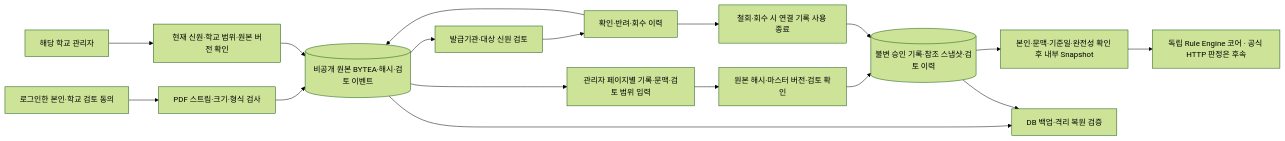
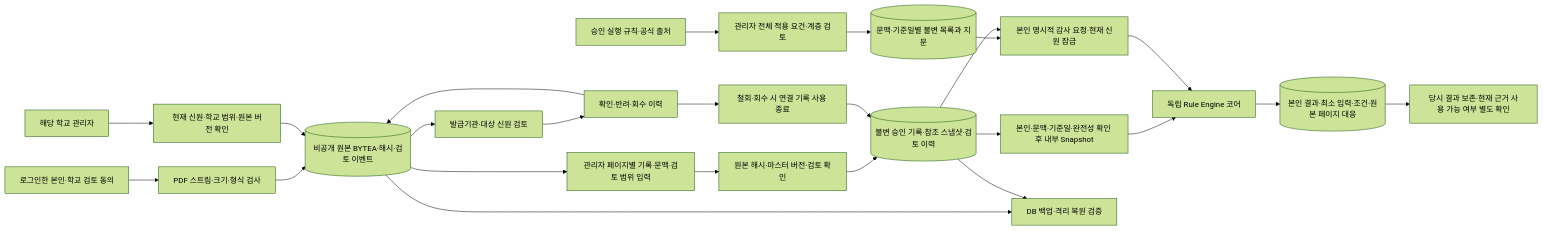
One commit to product04231125/UNIPATH changed the first of 12 diagrams in docs/architecture-erd.md. Above: the diagram before and after it, drawn with Mermaid (forest theme). The commit also changed other lines of this file and 34 other files, not shown here.

````diff
--- a/docs/architecture-erd.md
+++ b/docs/architecture-erd.md
@@ -36,19 +36,26 @@
 ```mermaid
 flowchart LR
     Owner[로그인한 본인·학교 검토 동의] --> Upload[PDF 스트림·크기·형식 검사]
     Upload --> PrivateDB[(비공개 원본 BYTEA·해시·검토 이벤트)]
     Reviewer[해당 학교 관리자] --> Guard[현재 신원·학교 범위·원본 버전 확인]
     Guard --> PrivateDB
     PrivateDB --> Review[발급기관·대상 신원 검토]
     Review --> Events[확인·반려·회수 이력]
     Events --> PrivateDB
     PrivateDB --> Records[관리자 페이지별 기록·문맥·검토 범위 입력]
     Records --> Approval[원본 해시·마스터 버전·검토 확인]
     Approval --> RecordDB[(불변 승인 기록·참조 스냅샷·검토 이력)]
     RecordDB --> Snapshot[본인·문맥·기준일·완전성 확인 후 내부 Snapshot]
-    Snapshot --> RuleCore[독립 Rule Engine 코어 · 공식 HTTP 판정은 후속]
+    Snapshot --> RuleCore[독립 Rule Engine 코어]
+    Criteria[승인 실행 규칙·공식 출처] --> CatalogReview[관리자 전체 적용 요건·계층 검토]
+    CatalogReview --> Reviewed[(문맥·기준일별 불변 목록과 지문)]
+    Reviewed --> Audit[본인 명시적 감사 요청·현재 신원 잠금]
+    RecordDB --> Audit
+    Audit --> RuleCore
+    RuleCore --> AuditHistory[(본인 결과·최소 입력·조건·원본 페이지 대응)]
+    AuditHistory --> Validity[당시 결과 보존·현재 근거 사용 가능 여부 별도 확인]
     Events --> Invalidate[철회·회수 시 연결 기록 사용 종료]
     Invalidate --> RecordDB
     PrivateDB --> Backup[DB 백업·격리 복원 검증]
     RecordDB --> Backup
 ```
````
